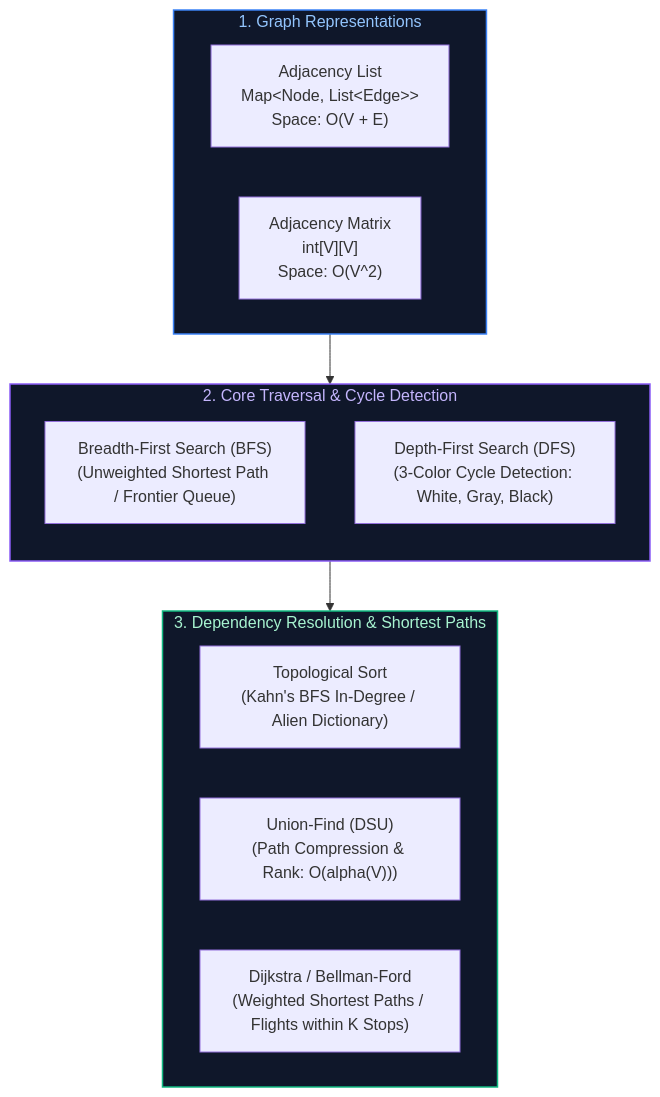
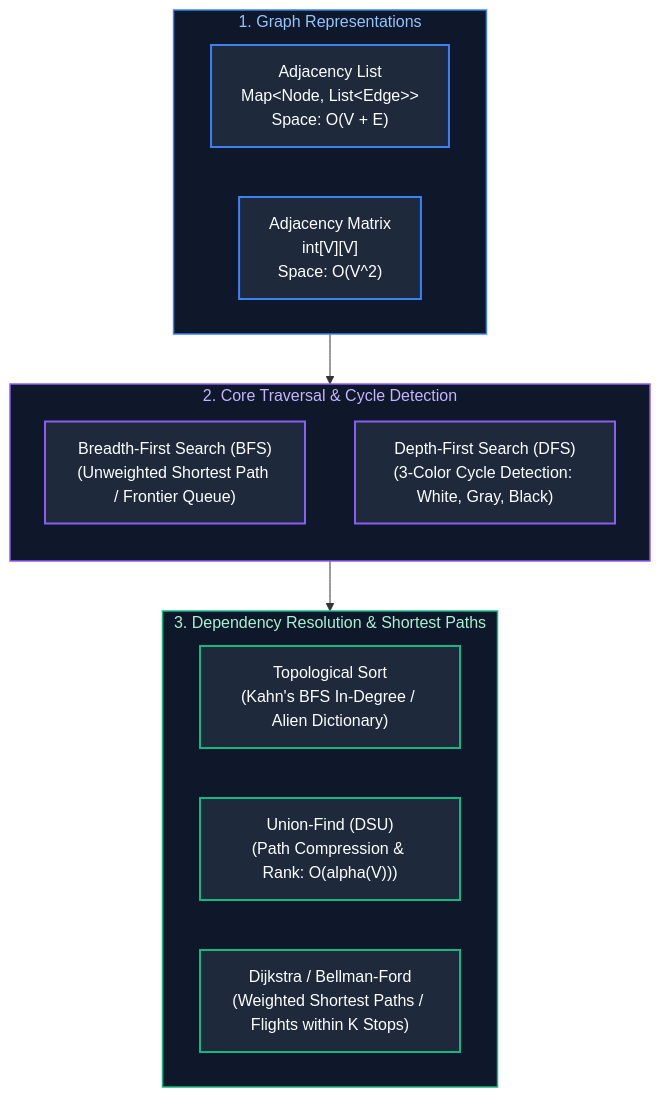
One commit to joydeep-biswas/Interview-Preparation changed the diagram in Supplemental Resources/Data Structures & Algorithms/06_graphs_topological_sort_and_shortest_paths.md. Above: the diagram before and after it, drawn with Mermaid. The commit also changed other lines of this file and 63 other files, not shown here.

````diff
--- a/Supplemental Resources/Data Structures & Algorithms/06_graphs_topological_sort_and_shortest_paths.md
+++ b/Supplemental Resources/Data Structures & Algorithms/06_graphs_topological_sort_and_shortest_paths.md
@@ -9,28 +9,35 @@
 ```mermaid
 flowchart TD
     subgraph Reps ["1. Graph Representations"]
         direction LR
         AdjList["Adjacency List<br/>Map&lt;Node, List&lt;Edge&gt;&gt;<br/>Space: O(V + E)"]
         AdjMatrix["Adjacency Matrix<br/>int[V][V]<br/>Space: O(V^2)"]
     end
 
     subgraph Traversals ["2. Core Traversal & Cycle Detection"]
         direction TB
         BFS["Breadth-First Search (BFS)<br/>(Unweighted Shortest Path / Frontier Queue)"]
         DFS["Depth-First Search (DFS)<br/>(3-Color Cycle Detection: White, Gray, Black)"]
     end
 
     subgraph DependencyPaths ["3. Dependency Resolution & Shortest Paths"]
         direction LR
         Topo["Topological Sort<br/>(Kahn's BFS In-Degree / Alien Dictionary)"]
         DSU["Union-Find (DSU)<br/>(Path Compression & Rank: O(alpha(V)))"]
         Dijkstra["Dijkstra / Bellman-Ford<br/>(Weighted Shortest Paths / Flights within K Stops)"]
     end
 
     Reps --> Traversals
     Traversals --> DependencyPaths
 
     style Reps fill:#0f172a,stroke:#3b82f6,stroke-width:1.5px,color:#93c5fd
     style Traversals fill:#0f172a,stroke:#8b5cf6,stroke-width:1.5px,color:#c4b5fd
     style DependencyPaths fill:#0f172a,stroke:#10b981,stroke-width:1.5px,color:#a7f3d0
+    style AdjList fill:#1e293b,stroke:#3b82f6,stroke-width:2px,color:#fff
+    style AdjMatrix fill:#1e293b,stroke:#3b82f6,stroke-width:2px,color:#fff
+    style BFS fill:#1e293b,stroke:#8b5cf6,stroke-width:2px,color:#fff
+    style DFS fill:#1e293b,stroke:#8b5cf6,stroke-width:2px,color:#fff
+    style Topo fill:#1e293b,stroke:#10b981,stroke-width:2px,color:#fff
+    style DSU fill:#1e293b,stroke:#10b981,stroke-width:2px,color:#fff
+    style Dijkstra fill:#1e293b,stroke:#10b981,stroke-width:2px,color:#fff
 ```
````
